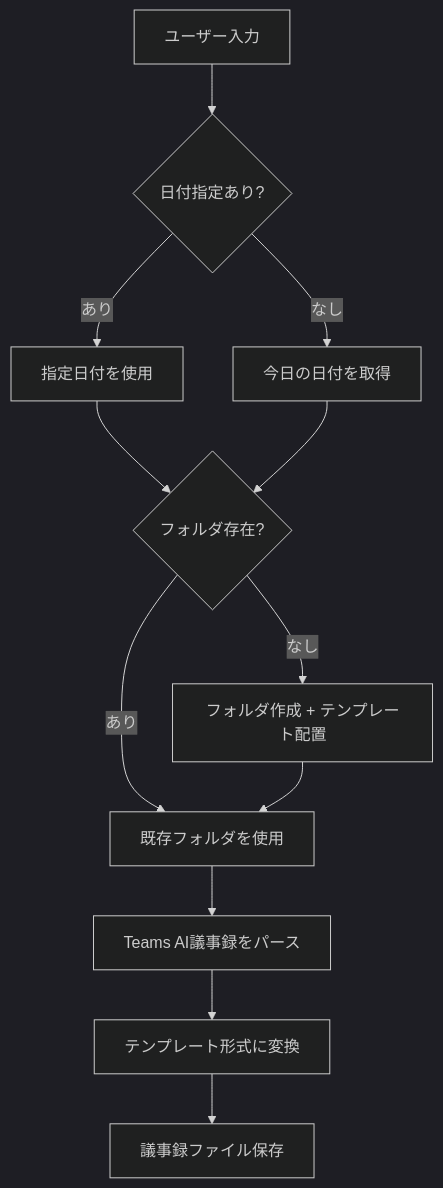
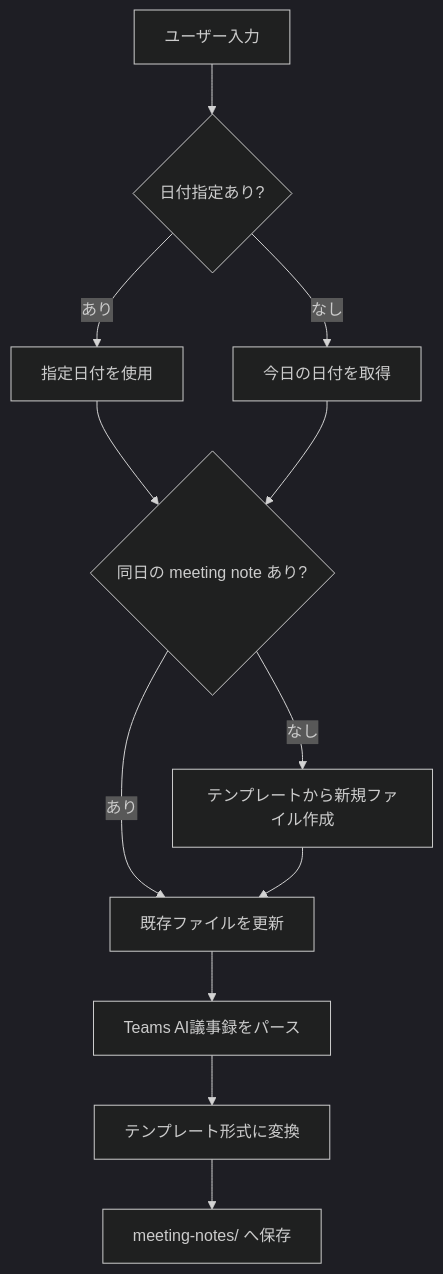
The diagram in customer-workspace/references/meeting-minutes-rules.md (aktsmm/Agent-Skills), drawn with Mermaid (dark theme) before and after one commit. The commit also changed other lines of this file and 19 other files, not shown here.

````diff
--- a/customer-workspace/references/meeting-minutes-rules.md
+++ b/customer-workspace/references/meeting-minutes-rules.md
@@ -7,14 +7,14 @@
 ```mermaid
 graph TD
     A[ユーザー入力] --> B{日付指定あり?}
     B -->|あり| C[指定日付を使用]
     B -->|なし| D[今日の日付を取得]
-    C --> E{フォルダ存在?}
+    C --> E{同日の meeting note あり?}
     D --> E
-    E -->|なし| F[フォルダ作成 + テンプレート配置]
-    E -->|あり| G[既存フォルダを使用]
+    E -->|なし| F[テンプレートから新規ファイル作成]
+    E -->|あり| G[既存ファイルを更新]
     F --> G
     G --> H[Teams AI議事録をパース]
     H --> I[テンプレート形式に変換]
-    I --> J[議事録ファイル保存]
+    I --> J[meeting-notes/ へ保存]
 ```
````
